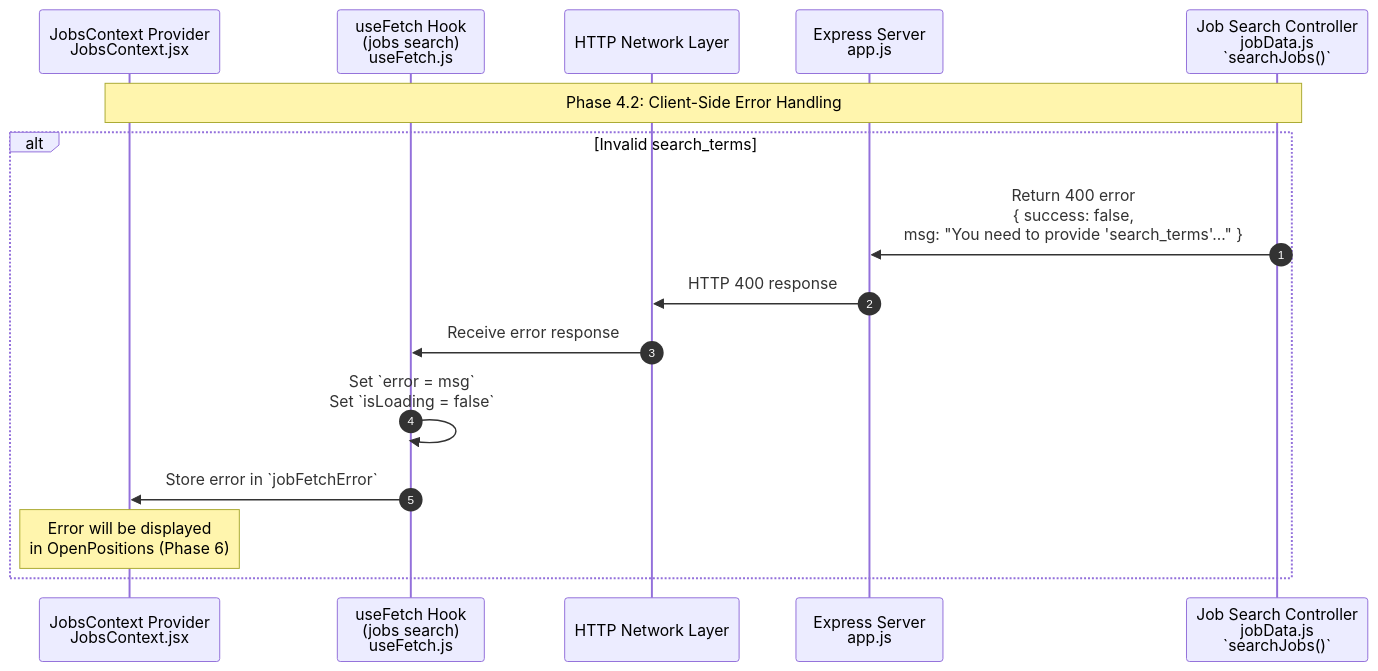
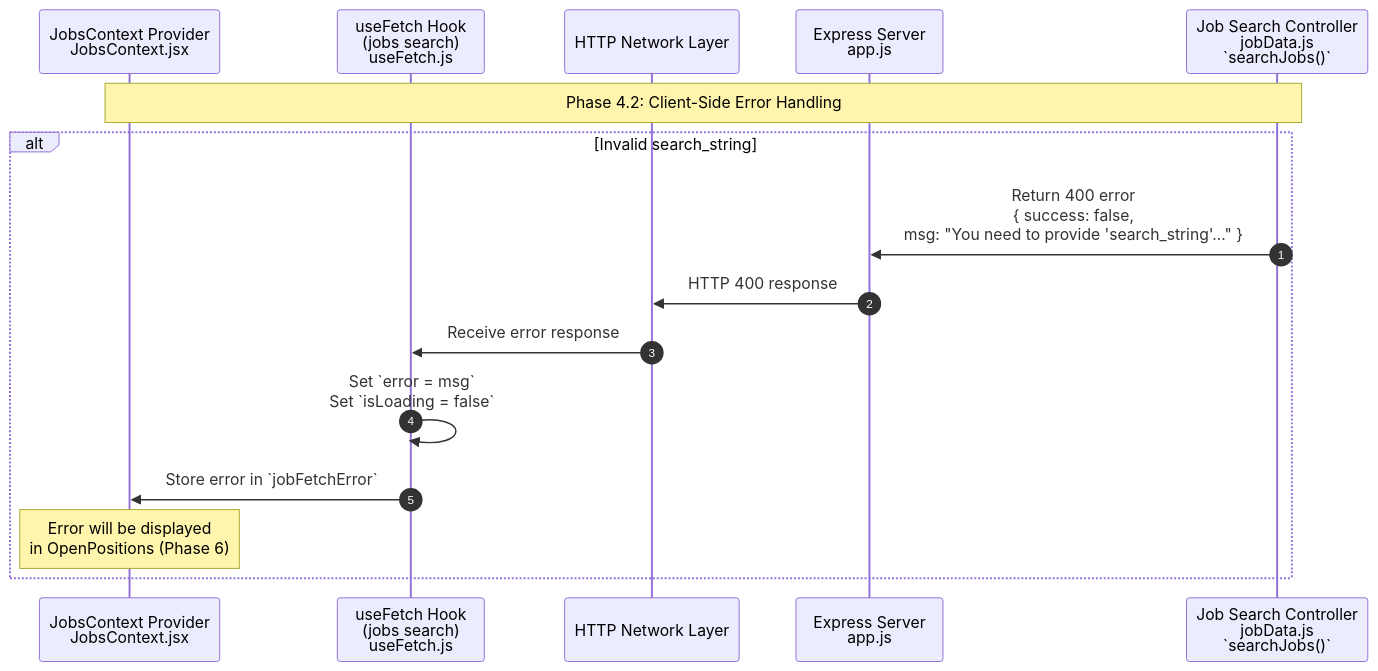
One commit to YahyaAl-Ademi/2025.10.23-JobCompass changed the diagram in documentation/jobFetch/4.2.Client-Side Error Handling.md. Above: the diagram before and after it, drawn with Mermaid. The commit also changed 6 other files, not shown here.

Commit message:
Refactor search functionality: rename 'search_terms' to 'search_string' for consistency across components and documentation

````diff
--- a/documentation/jobFetch/4.2.Client-Side Error Handling.md
+++ b/documentation/jobFetch/4.2.Client-Side Error Handling.md
@@ -7,27 +7,27 @@
 ```mermaid
 sequenceDiagram
     autonumber
     %% File paths:
     %% JobsContext: client/src/context/JobsContext.jsx
     %% useFetch: client/src/hooks/useFetch.js
     %% ExpressApp: server/src/app.js
     %% JobController: server/src/controllers/jobData.js
     participant JobsContext as JobsContext Provider<br/>JobsContext.jsx
     participant useFetch_1 as useFetch Hook<br/>(jobs search)<br/>useFetch.js
     participant FrontendNetwork as HTTP Network Layer
     participant ExpressApp as Express Server<br/>app.js
     participant JobController as Job Search Controller<br/>jobData.js<br/>`searchJobs()`
 
     Note over JobsContext,JobController: Phase 4.2: Client-Side Error Handling
     activate JobController
 
-    alt Invalid search_terms
-        JobController->>ExpressApp: Return 400 error<br/>{ success: false,<br/>  msg: "You need to provide 'search_terms'..." }
+    alt Invalid search_string
+        JobController->>ExpressApp: Return 400 error<br/>{ success: false,<br/>  msg: "You need to provide 'search_string'..." }
         ExpressApp->>FrontendNetwork: HTTP 400 response
         FrontendNetwork->>useFetch_1: Receive error response
         useFetch_1->>useFetch_1: Set `error = msg`<br/>Set `isLoading = false`
         useFetch_1->>JobsContext: Store error in `jobFetchError`
 
         Note over JobsContext: Error will be displayed<br/>in OpenPositions (Phase 6)
     end
 ```
````
